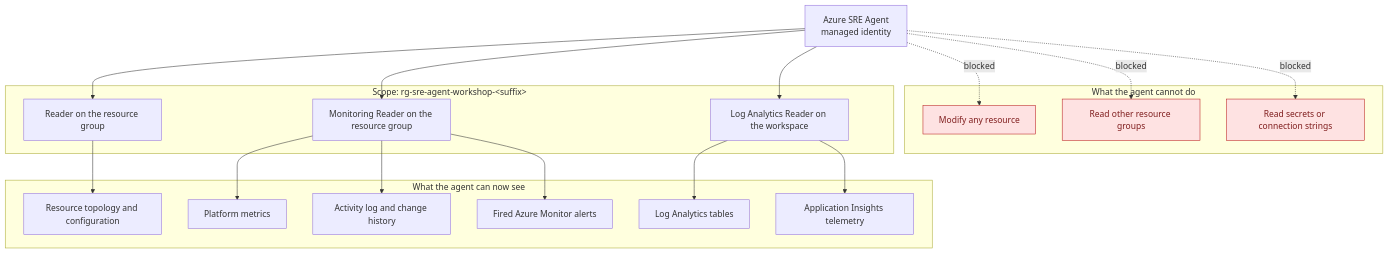
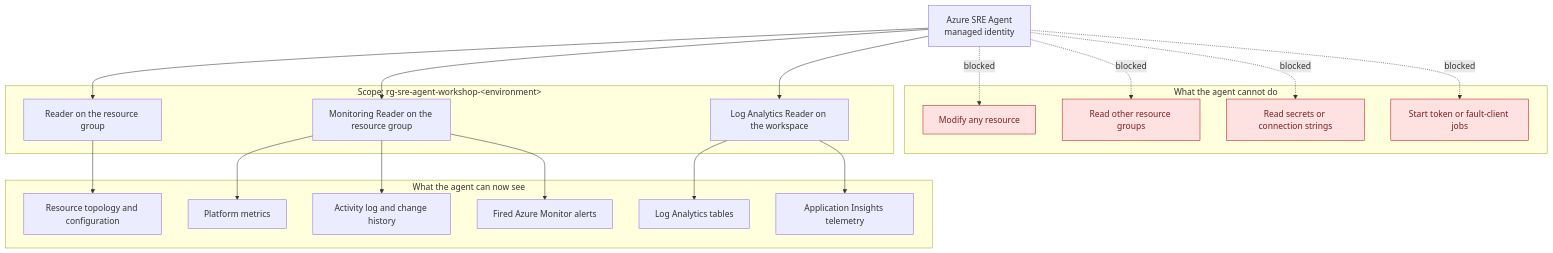
One commit to charliekw411/sre-agent-workshop changed the diagram in docs/sre/05-configure-sre-agent/index.md. Above: the diagram before and after it, drawn with Mermaid. The commit also changed other lines of this file and 29 other files, not shown here.

````diff
--- a/docs/sre/05-configure-sre-agent/index.md
+++ b/docs/sre/05-configure-sre-agent/index.md
@@ -84,39 +98,41 @@
 ```mermaid
 flowchart TB
     AGENT["Azure SRE Agent<br/>managed identity"]
 
-    subgraph Scope["Scope: rg-sre-agent-workshop-&lt;suffix&gt;"]
+    subgraph Scope["Scope: rg-sre-agent-workshop-&lt;environment&gt;"]
         R1[Reader on the resource group]
         R2[Monitoring Reader on the resource group]
         R3[Log Analytics Reader on the workspace]
     end
 
     subgraph Visible["What the agent can now see"]
         V1[Resource topology and configuration]
         V2[Platform metrics]
         V3[Log Analytics tables]
         V4[Application Insights telemetry]
         V5[Activity log and change history]
         V6[Fired Azure Monitor alerts]
     end
 
     subgraph Blocked["What the agent cannot do"]
         B1[Modify any resource]
         B2[Read other resource groups]
         B3[Read secrets or connection strings]
+        B4[Start token or fault-client jobs]
     end
 
     AGENT --> R1 --> V1
     AGENT --> R2 --> V2
     R2 --> V5
     R2 --> V6
     AGENT --> R3 --> V3
     R3 --> V4
 
     AGENT -.blocked.-> B1
     AGENT -.blocked.-> B2
     AGENT -.blocked.-> B3
+    AGENT -.blocked.-> B4
 
     classDef blocked fill:#fee2e2,stroke:#b91c1c,color:#7f1d1d
-    class B1,B2,B3 blocked
+    class B1,B2,B3,B4 blocked
 ```
````
